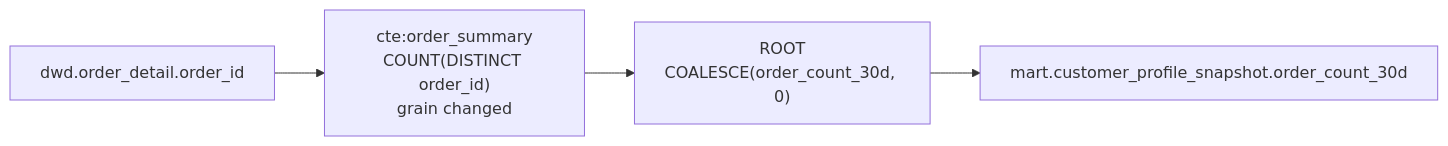
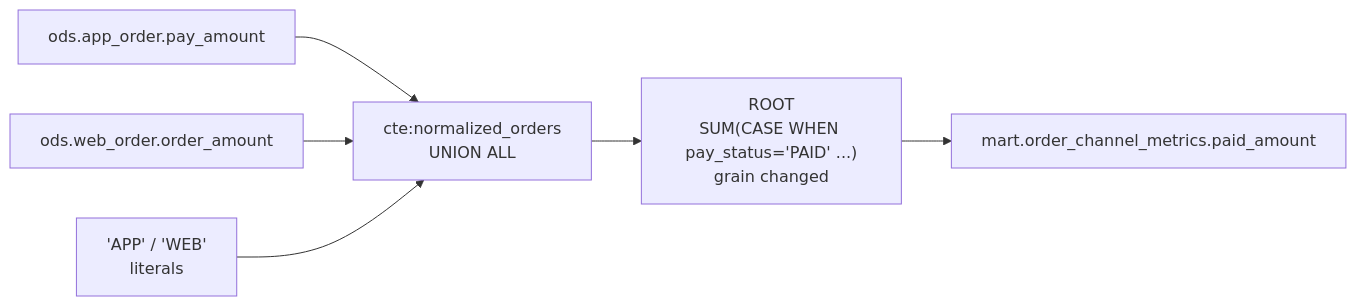
One commit to realyin/scope-lineage changed the first of 2 diagrams in README.md. Above: the diagram before and after it, drawn with Mermaid. The commit also changed other lines of this file and 1 other file, not shown here.

````diff
--- a/README.md
+++ b/README.md
@@ -41,6 +45,8 @@
 ```mermaid
 flowchart LR
-    S["dwd.order_detail.order_id"] --> A["cte:order_summary<br/>COUNT(DISTINCT order_id)<br/>grain changed"]
-    A --> R["ROOT<br/>COALESCE(order_count_30d, 0)"]
-    R --> T["mart.customer_profile_snapshot.order_count_30d"]
+    A["ods.app_order.pay_amount"] --> N["cte:normalized_orders<br/>UNION ALL"]
+    W["ods.web_order.order_amount"] --> N
+    L["'APP' / 'WEB'<br/>literals"] --> N
+    N --> R["ROOT<br/>SUM(CASE WHEN pay_status='PAID' ...)<br/>grain changed"]
+    R --> T["mart.order_channel_metrics.paid_amount"]
 ```
````
